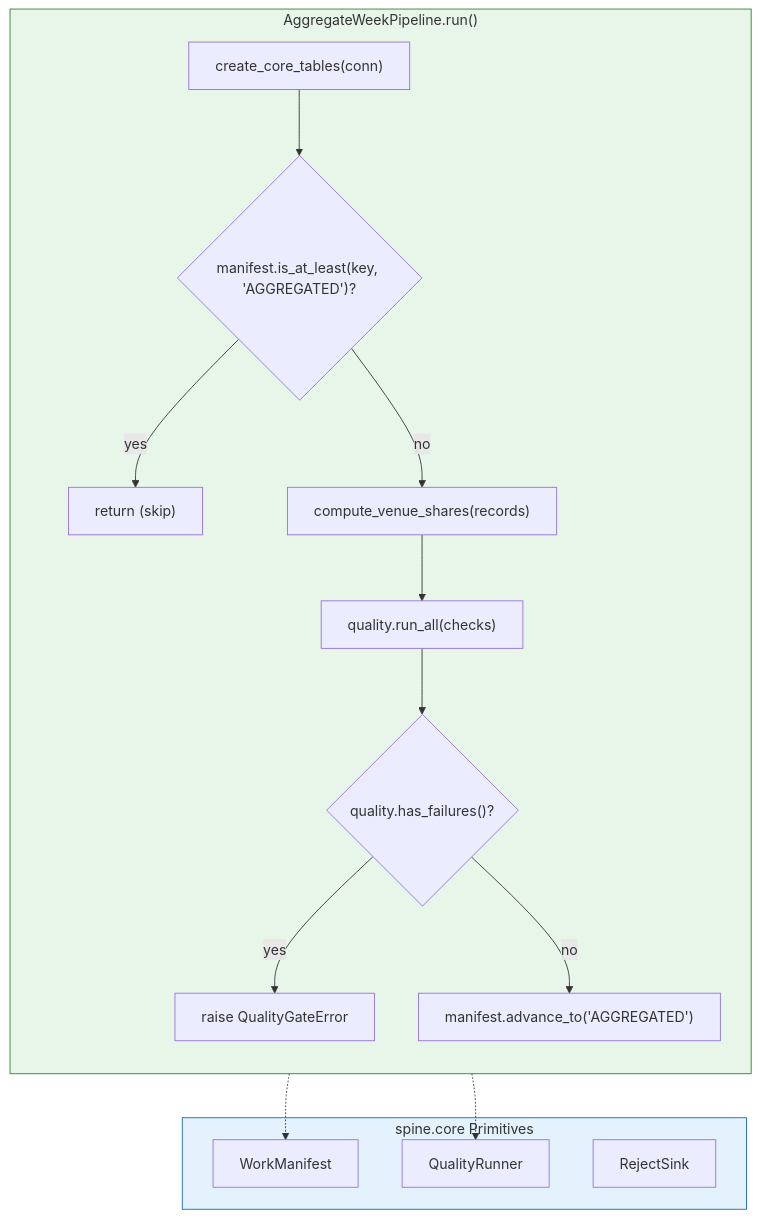
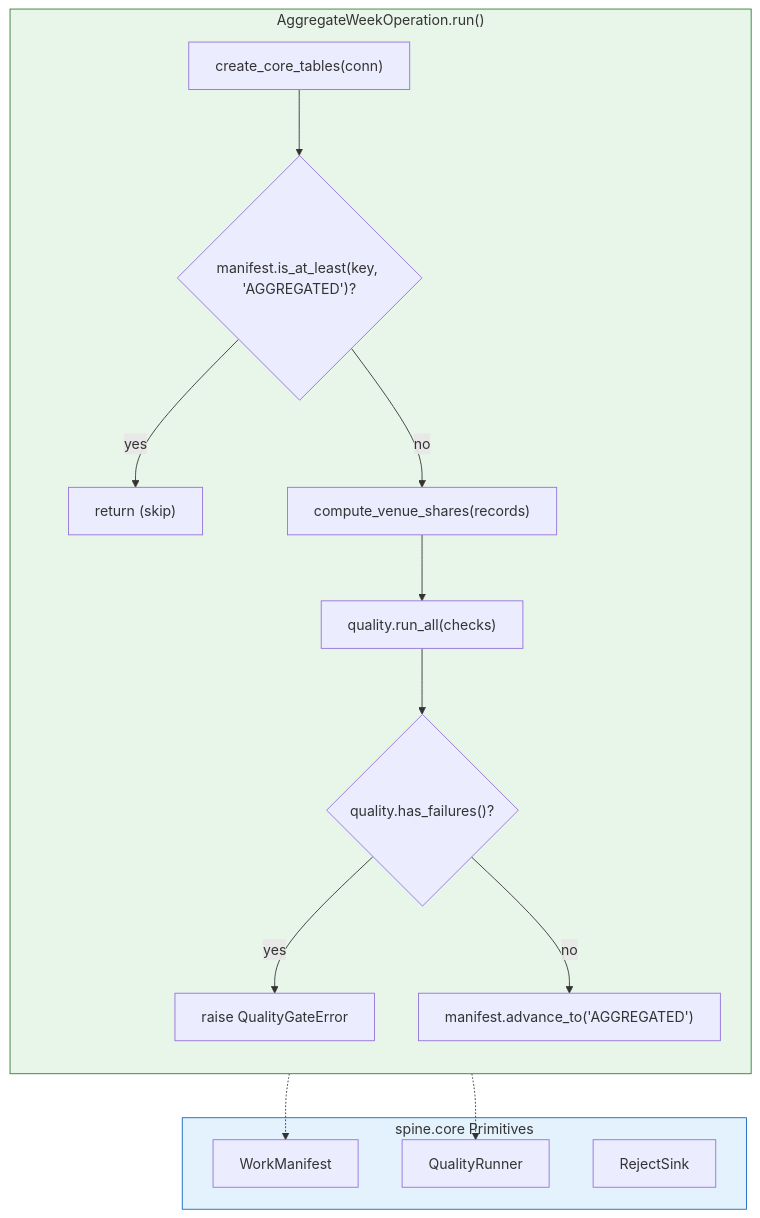
One commit to ryansmccoy/spine-core changed the fourth of 5 diagrams in docs/architecture/CORE_PRIMITIVES.md. Above: the diagram before and after it, drawn with Mermaid. The commit also changed other lines of this file and 616 other files, not shown here.

Commit message:
refactor(core): rename pipeline to operation and fix audit findings

````diff
--- a/docs/architecture/CORE_PRIMITIVES.md
+++ b/docs/architecture/CORE_PRIMITIVES.md
@@ -396,25 +396,25 @@
 ```mermaid
 flowchart TB
-    subgraph Pipeline["AggregateWeekPipeline.run()"]
+    subgraph Operation["AggregateWeekOperation.run()"]
         direction TB
         A["create_core_tables(conn)"] --> B{"manifest.is_at_least(key, 'AGGREGATED')?"}
         B -->|yes| C["return (skip)"]
         B -->|no| D["compute_venue_shares(records)"]
         D --> E["quality.run_all(checks)"]
         E --> F{"quality.has_failures()?"}
         F -->|yes| G["raise QualityGateError"]
         F -->|no| H["manifest.advance_to('AGGREGATED')"]
     end
 
     subgraph Primitives["spine.core Primitives"]
         WM["WorkManifest"]
         QR["QualityRunner"]
         RS["RejectSink"]
     end
 
     B -.-> WM
     E -.-> QR
 
-    style Pipeline fill:#e8f5e9,stroke:#2e7d32
+    style Operation fill:#e8f5e9,stroke:#2e7d32
     style Primitives fill:#e3f2fd,stroke:#1565c0
 ```
````
